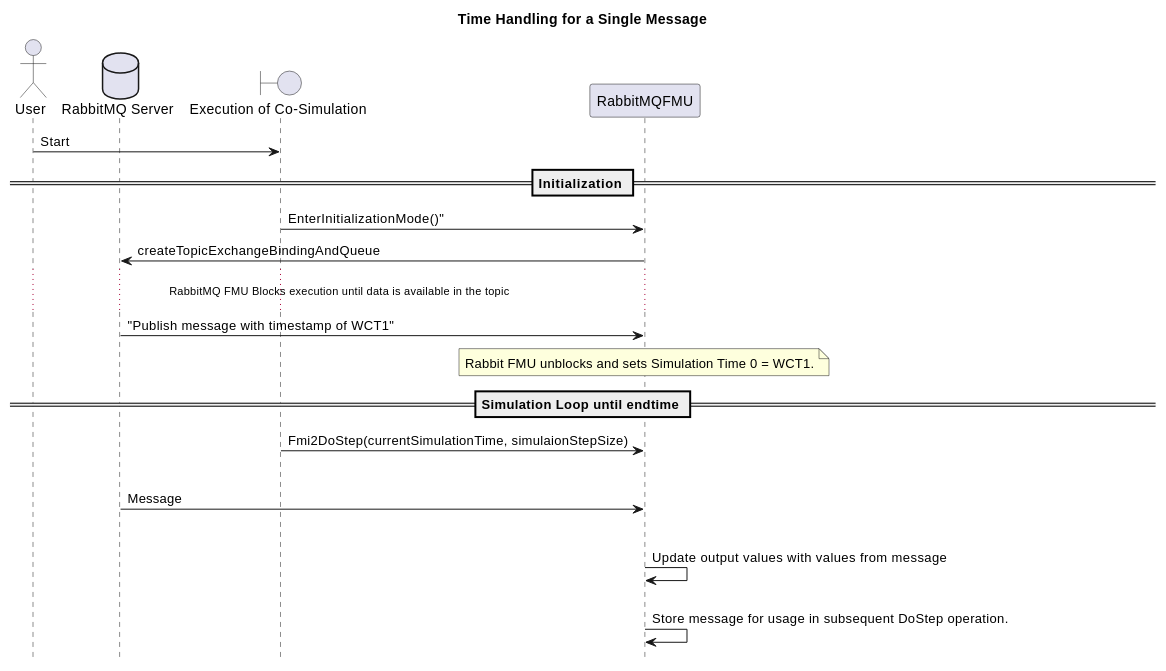
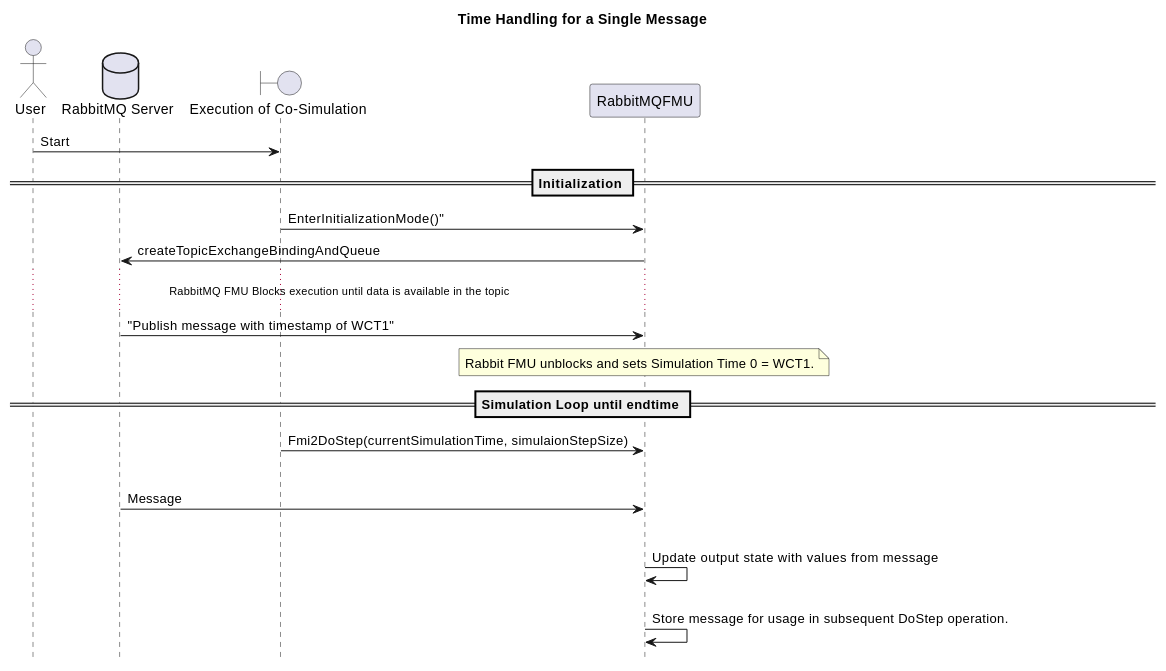
The diagram in docs/overview.rst (INTO-CPS-Association/fmu-rabbitmq), drawn with PlantUML before and after one commit. The commit also changed other lines of this file and 1 other file, not shown here.

```diff
--- a/docs/overview.rst
+++ b/docs/overview.rst
@@ -13,27 +10,27 @@
 .. uml::
 
     title Time Handling for a Single Message
     hide footbox
 
     actor User
     database "RabbitMQ Server" as server
     boundary "Execution of Co-Simulation" as exec
     participant RabbitMQFMU as FMU
 
     User -> exec: Start
 
     == Initialization ==
     exec -> FMU: EnterInitializationMode()"
     FMU -> server: createTopicExchangeBindingAndQueue
     ... RabbitMQ FMU Blocks execution until data is available in the topic ...
     server -> FMU: "Publish message with timestamp of WCT1"
     note over FMU: Rabbit FMU unblocks and sets Simulation Time 0 = WCT1.
 
     == Simulation Loop until endtime ==
     exec -> FMU: Fmi2DoStep(currentSimulationTime, simulaionStepSize)
         loop FMU process messages until messageTimeStampInSimulationTime >= currentSimulationTime + simulationStepSize
         server -> FMU: Message
         alt messageTimeStampInSimulationTime <= currentSimulationTime+simulationStepSize
-            FMU -> FMU: Update output values with values from message
+            FMU -> FMU: Update output state with values from message
         else messageTimeStampInSimulationTime > currentSimulationTime + simulationStepSize
             FMU -> FMU: Store message for usage in subsequent DoStep operation.
```
